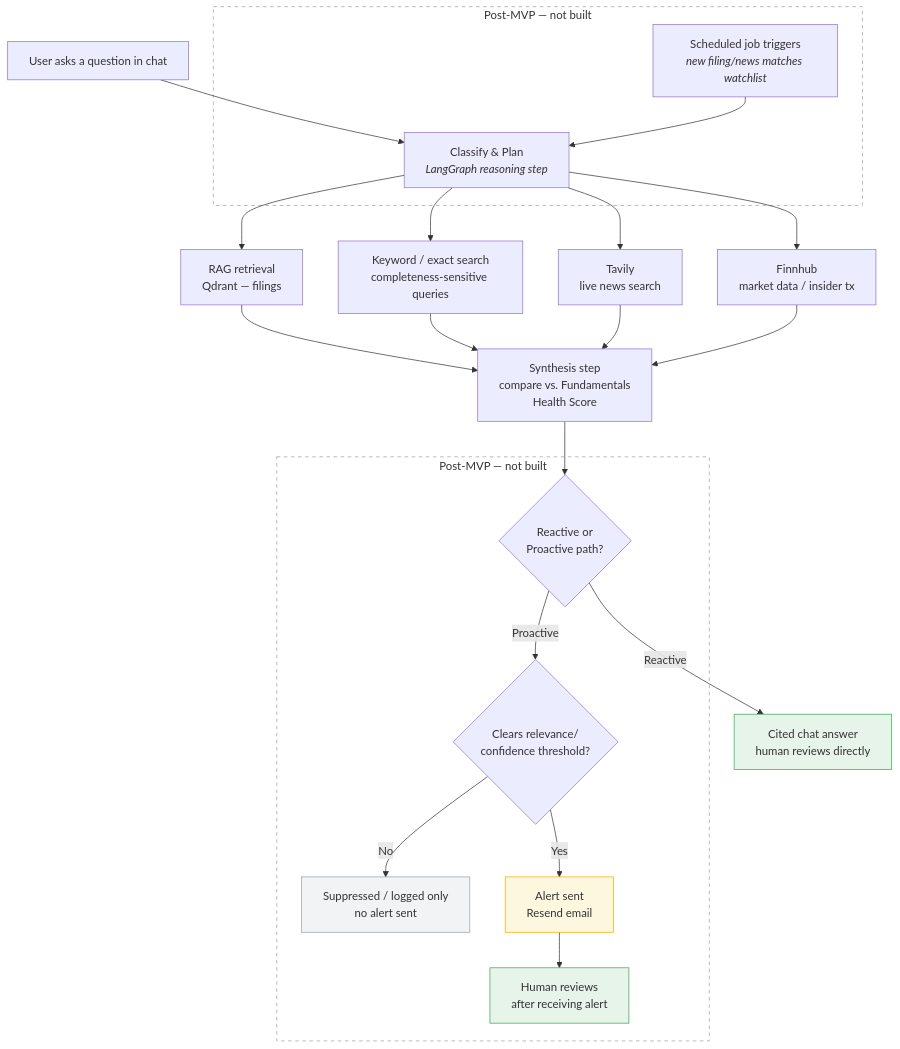
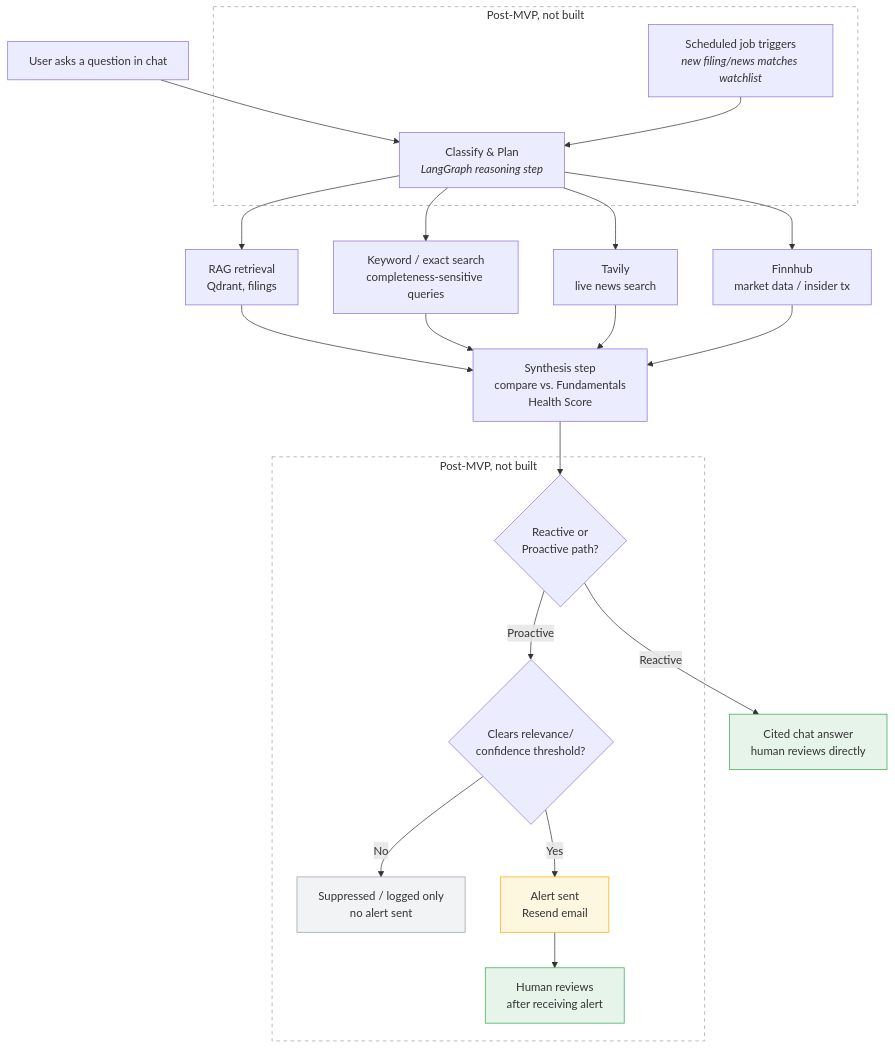
The second of 2 diagrams in Personal Portfolio Copilot-prd.md (maiufukui/portfolio-copilot), drawn with Mermaid before and after one commit. The commit also changed other lines of this file and 4 other files, not shown here.

````diff
--- a/Personal Portfolio Copilot-prd.md
+++ b/Personal Portfolio Copilot-prd.md
@@ -205,35 +142,35 @@
 ```mermaid
 flowchart TD
     A1["User asks a question in chat"] --> C["Classify & Plan<br/><i>LangGraph reasoning step</i>"]
 
-    subgraph Proactive1["Post-MVP — not built"]
+    subgraph Proactive1["Post-MVP, not built"]
         A2["Scheduled job triggers<br/><i>new filing/news matches watchlist</i>"] --> C
     end
 
-    C --> D1["RAG retrieval<br/>Qdrant — filings"]
+    C --> D1["RAG retrieval<br/>Qdrant, filings"]
     C --> D2["Keyword / exact search<br/>completeness-sensitive queries"]
     C --> D3["Tavily<br/>live news search"]
     C --> D4["Finnhub<br/>market data / insider tx"]
 
     D1 --> E["Synthesis step<br/>compare vs. Fundamentals<br/>Health Score"]
     D2 --> E
     D3 --> E
     D4 --> E
 
     E --> F{"Reactive or<br/>Proactive path?"}
     F -->|Reactive| G["Cited chat answer<br/>human reviews directly"]
 
-    subgraph Proactive2["Post-MVP — not built"]
+    subgraph Proactive2["Post-MVP, not built"]
         F -->|Proactive| H{"Clears relevance/<br/>confidence threshold?"}
         H -->|No| I["Suppressed / logged only<br/>no alert sent"]
         H -->|Yes| J["Alert sent<br/>Resend email"]
         J --> K["Human reviews<br/>after receiving alert"]
     end
 
     style G fill:#e6f4ea,stroke:#34a853
     style I fill:#f1f3f4,stroke:#9aa0a6
     style J fill:#fef7e0,stroke:#f9ab00
     style K fill:#e6f4ea,stroke:#34a853
     style Proactive1 fill:none,stroke:#9aa0a6,stroke-dasharray: 5 5
     style Proactive2 fill:none,stroke:#9aa0a6,stroke-dasharray: 5 5
 ```
````
